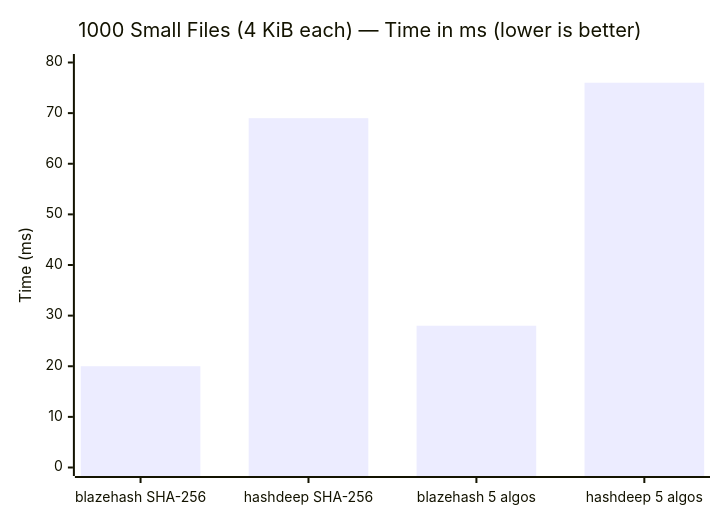
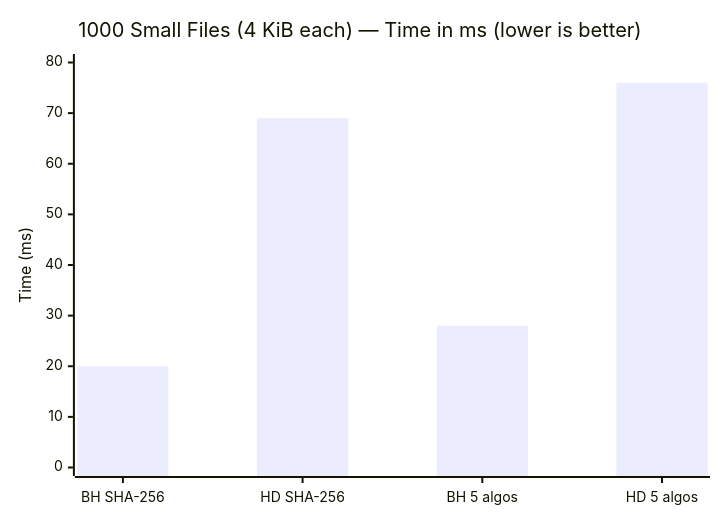
One commit to SecurityRonin/blazehash changed the third of 6 diagrams in docs/benchmarks.md. Above: the diagram before and after it, drawn with Mermaid. The commit also changed other lines of this file, not shown here.

First line of the commit message:
docs: shorten chart axis labels to prevent text overlap

````diff
--- a/docs/benchmarks.md
+++ b/docs/benchmarks.md
@@ -78,7 +80,7 @@
 ```mermaid
 xychart-beta
     title "1000 Small Files (4 KiB each) — Time in ms (lower is better)"
-    x-axis ["blazehash SHA-256", "hashdeep SHA-256", "blazehash 5 algos", "hashdeep 5 algos"]
+    x-axis ["BH SHA-256", "HD SHA-256", "BH 5 algos", "HD 5 algos"]
     y-axis "Time (ms)" 0 --> 80
     bar [20, 69, 28, 76]
 ```
````
